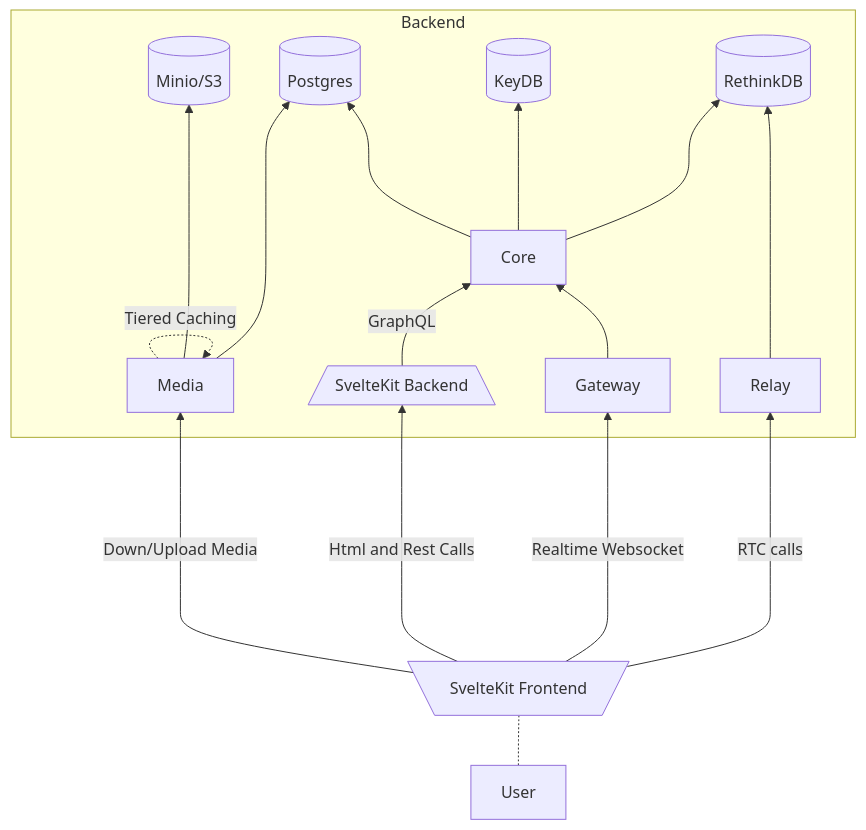
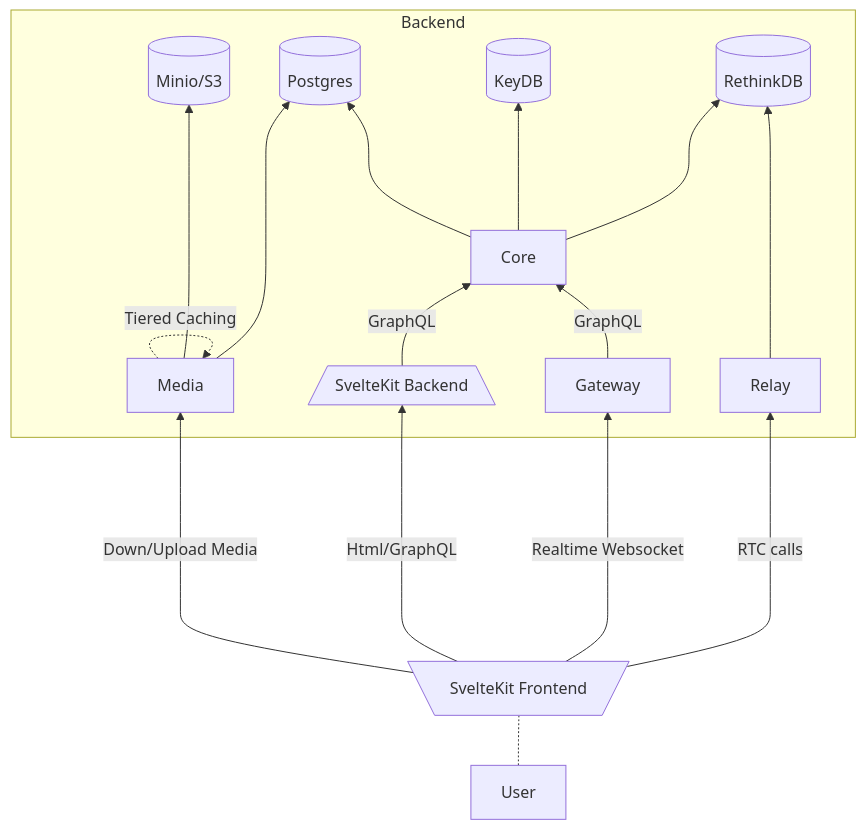
The diagram in page/docs/999_developement/architecture.md (Phyrone/project-kiwi), drawn with Mermaid before and after one commit. The commit also changed 72 other files, not shown here.

````diff
--- a/page/docs/999_developement/architecture.md
+++ b/page/docs/999_developement/architecture.md
@@ -9,30 +9,30 @@
 ```mermaid
 flowchart BT
     subgraph Backend
         minio[(Minio/S3)]
         postgres[(Postgres)]
         keydb[(KeyDB)]
         rethinkdb[(RethinkDB)]
         core[Core]
         gateway[Gateway]
         relay[Relay]
         media[Media]
         sveltekit_backend[/SvelteKit Backend\]
     %% Backend Connections
         media .-> |Tiered Caching| media 
         media --> postgres
         core ---> postgres & keydb & rethinkdb
         sveltekit_backend -->|GraphQL| core
-        gateway --> core 
+        gateway -->|GraphQL| core 
         relay ----> rethinkdb
         media ----> minio
     end
 
     svletekit_frontend[\SvelteKit Frontend/]
-    svletekit_frontend -->|Html and Rest Calls| sveltekit_backend
+    svletekit_frontend -->|Html/GraphQL| sveltekit_backend
     svletekit_frontend -->|Realtime Websocket| gateway
     svletekit_frontend -->|RTC calls| relay
     svletekit_frontend ----->|Down/Upload Media| media
     user[User]
     user .- svletekit_frontend
 ```
````
